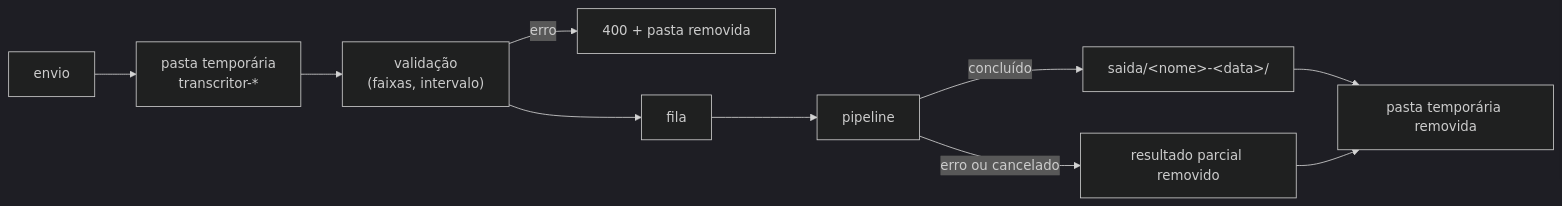
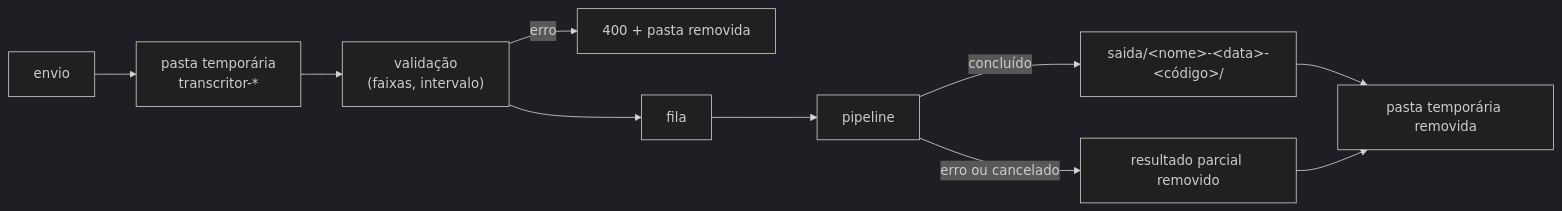
Before and after one commit to Vinicius-Nassif/transcribefy: the second of 2 diagrams in docs/arquitetura.md, drawn with Mermaid (dark theme). The commit also changed 5 other files, not shown here.

````diff
--- a/docs/arquitetura.md
+++ b/docs/arquitetura.md
@@ -285,11 +285,11 @@
 ```mermaid
 flowchart LR
   E["envio"] --> T["pasta temporária<br/>transcritor-*"]
   T --> V["validação<br/>(faixas, intervalo)"]
   V -->|erro| X["400 + pasta removida"]
   V --> F["fila"] --> P["pipeline"]
-  P -->|concluído| S["saida/&lt;nome&gt;-&lt;data&gt;/"]
+  P -->|concluído| S["saida/&lt;nome&gt;-&lt;data&gt;-&lt;código&gt;/"]
   P -->|erro ou cancelado| R["resultado parcial removido"]
   S --> L["pasta temporária removida"]
   R --> L
 ```
````
